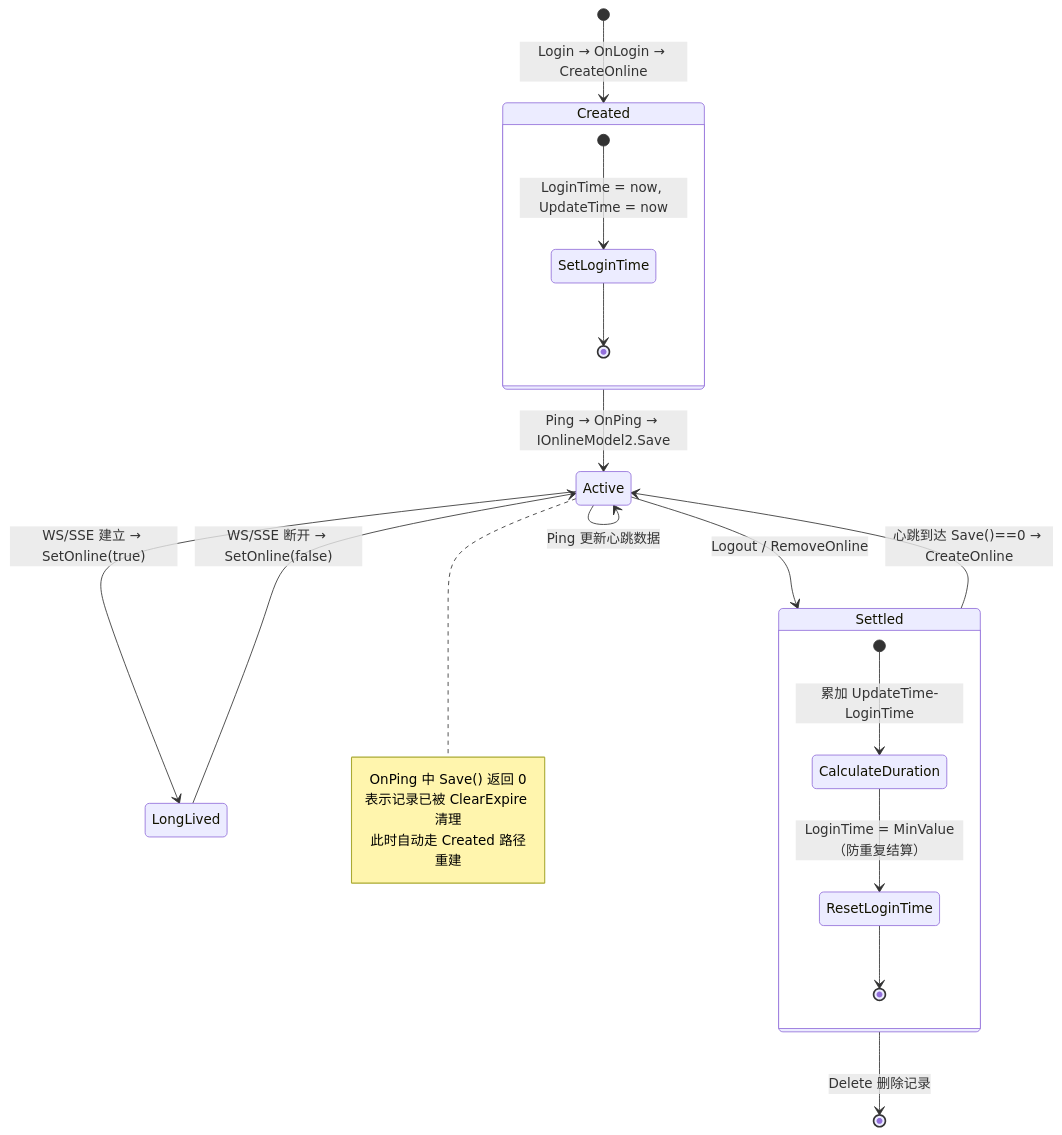
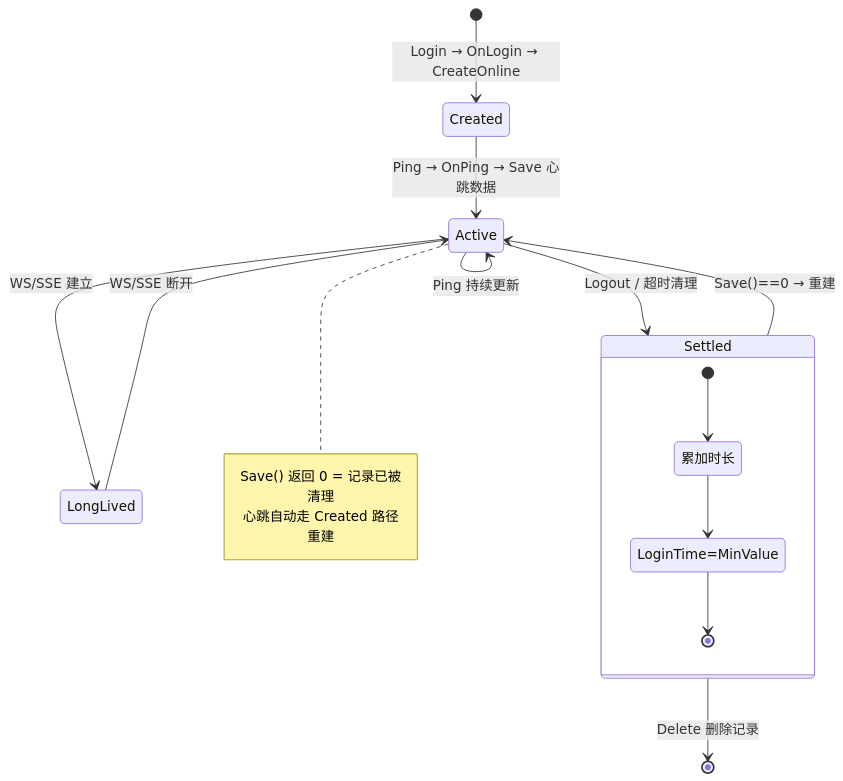
One commit to NewLifeX/NewLife.Remoting changed the ninth of 10 diagrams in Doc/SRV-服务端架构.md. Above: the diagram before and after it, drawn with Mermaid. The commit also changed other lines of this file, not shown here.

````diff
--- a/Doc/SRV-服务端架构.md
+++ b/Doc/SRV-服务端架构.md
@@ -857,28 +379,22 @@
 ```mermaid
 stateDiagram-v2
     [*] --> Created: Login → OnLogin → CreateOnline
-    Created --> Active: Ping → OnPing → IOnlineModel2.Save
-    Active --> Active: Ping 更新心跳数据
-    Active --> LongLived: WS/SSE 建立 → SetOnline(true)
-    LongLived --> Active: WS/SSE 断开 → SetOnline(false)
-    Active --> Settled: Logout / RemoveOnline
+    Created --> Active: Ping → OnPing → Save 心跳数据
+    Active --> Active: Ping 持续更新
+    Active --> LongLived: WS/SSE 建立
+    LongLived --> Active: WS/SSE 断开
+    Active --> Settled: Logout / 超时清理
     Settled --> [*]: Delete 删除记录
-    Settled --> Active: 心跳到达 Save()==0 → CreateOnline
-
-    state Created {
-        [*] --> SetLoginTime: LoginTime = now, UpdateTime = now
-        SetLoginTime --> [*]
-    }
+    Settled --> Active: Save()==0 → 重建
 
     state Settled {
-        [*] --> CalculateDuration: 累加 UpdateTime-LoginTime
-        CalculateDuration --> ResetLoginTime: LoginTime = MinValue（防重复结算）
-        ResetLoginTime --> [*]
+        [*] --> 累加时长
+        累加时长 --> LoginTime=MinValue
+        LoginTime=MinValue --> [*]
     }
 
     note right of Active
-        OnPing 中 Save() 返回 0
-        表示记录已被 ClearExpire 清理
-        此时自动走 Created 路径重建
+        Save() 返回 0 = 记录已被清理
+        心跳自动走 Created 路径重建
     end note
 ```
````
